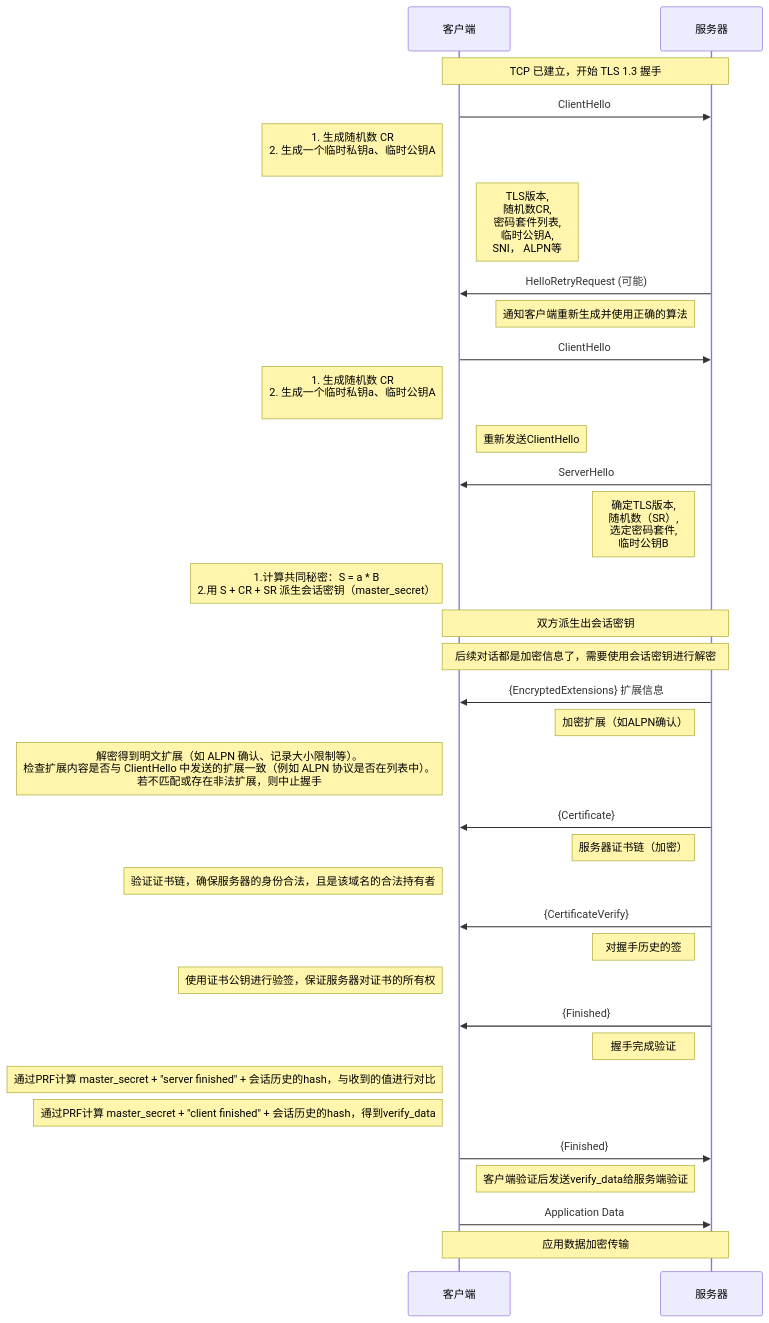
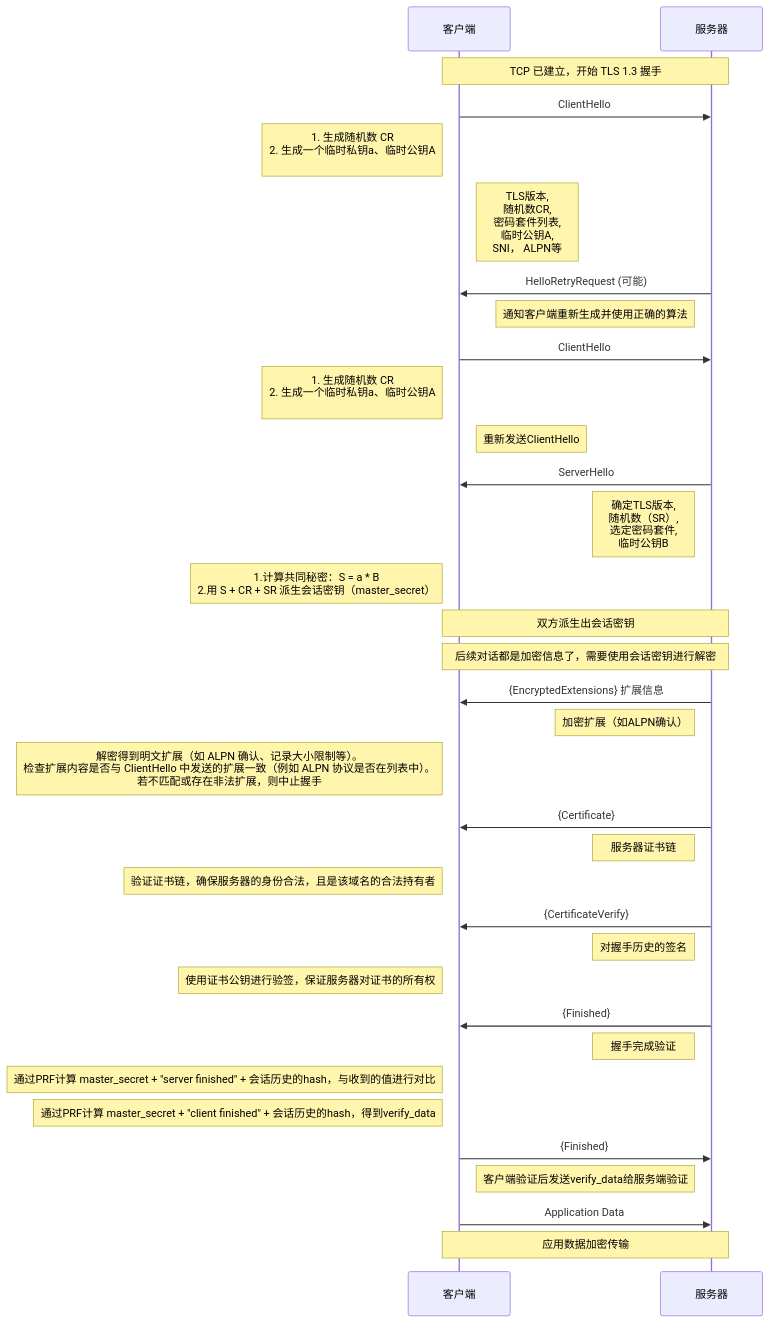
Before and after one commit to HY-10-8/iodraw-files: the diagram in all/TLS-1.3-通用（全）.md, drawn with Mermaid.

Commit message:
2026-03-31 10:11:50 update

````diff
--- a/all/TLS-1.3-通用（全）.md
+++ b/all/TLS-1.3-通用（全）.md
@@ -1,48 +1,48 @@
 ```mermaid
 sequenceDiagram
     participant C as 客户端
     participant S as 服务器
 
     Note over C,S: TCP 已建立，开始 TLS 1.3 握手
 
     C->>S: ClientHello
     Note left of C: 1. 生成随机数 CR<br/> 2. 生成一个临时私钥a、临时公钥A<br/>
     Note right of C: TLS版本,<br/> 随机数CR,<br/> 密码套件列表,<br/> 临时公钥A,<br/> SNI， ALPN等
 
     S->>C: HelloRetryRequest (可能)
     Note left of S: 通知客户端重新生成并使用正确的算法
 
     C->>S: ClientHello
     Note left of C: 1. 生成随机数 CR<br/> 2. 生成一个临时私钥a、临时公钥A<br/>
     Note right of C: 重新发送ClientHello
 
     S->>C: ServerHello
     Note left of S: 确定TLS版本, <br/>随机数（SR）,<br/> 选定密码套件, <br/>临时公钥B
     Note left of C: 1.计算共同秘密：S = a * B<br/> 2.用 S + CR + SR 派生会话密钥（master_secret）
 
     Note over C,S: 双方派生出会话密钥
     Note over C,S: 后续对话都是加密信息了，需要使用会话密钥进行解密
 
     S->>C: {EncryptedExtensions} 扩展信息
     Note left of S: 加密扩展（如ALPN确认）
     Note left of C: 解密得到明文扩展（如 ALPN 确认、记录大小限制等）。<br/>检查扩展内容是否与 ClientHello 中发送的扩展一致（例如 ALPN 协议是否在列表中）。<br/> 若不匹配或存在非法扩展，则中止握手
 
     S->>C: {Certificate}
-    Note left of S: 服务器证书链（加密）
+    Note left of S: 服务器证书链
     Note left of C: 验证证书链，确保服务器的身份合法，且是该域名的合法持有者
 
     S->>C: {CertificateVerify}
-    Note left of S: 对握手历史的签
+    Note left of S: 对握手历史的签名
     Note left of C: 使用证书公钥进行验签，保证服务器对证书的所有权
 
     S->>C: {Finished}
     Note left of S: 握手完成验证
     Note left of C: 通过PRF计算 master_secret + "server finished" + 会话历史的hash，与收到的值进行对比
     Note left of C: 通过PRF计算 master_secret + "client finished" + 会话历史的hash，得到verify_data
 
     C->>S: {Finished}
     Note right of C: 客户端验证后发送verify_data给服务端验证
 
     C->>S: Application Data
     Note over C,S: 应用数据加密传输
 ```
````
